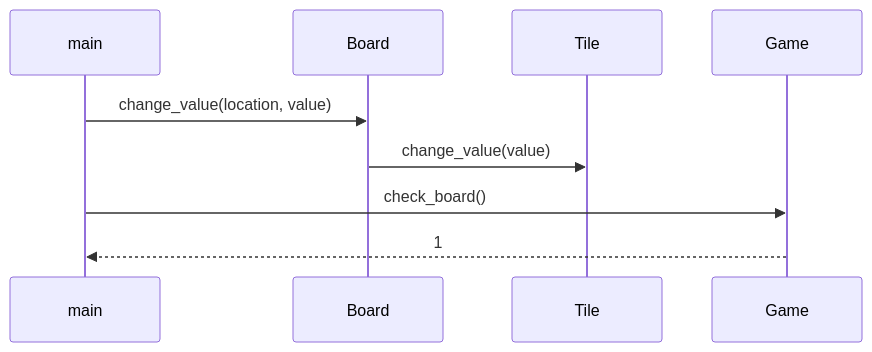
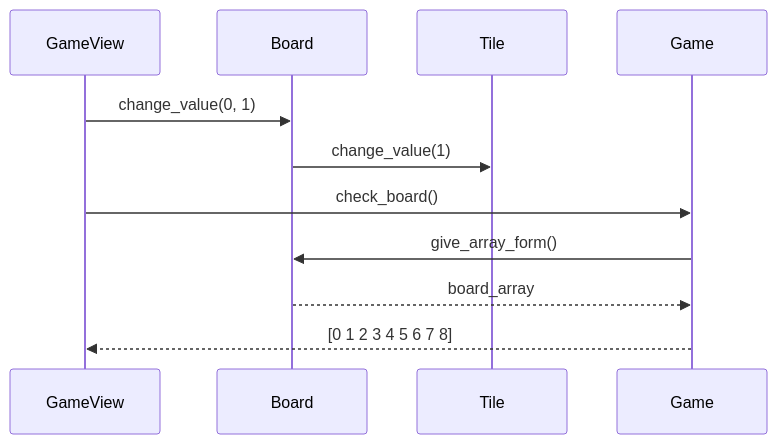
Before and after one commit to Jhy9/ot-harjoitustyo: the second of 7 diagrams in dokumentaatio/arkkitehtuuri.md, drawn with Mermaid. The commit also changed other lines of this file, not shown here.

````diff
--- a/dokumentaatio/arkkitehtuuri.md
+++ b/dokumentaatio/arkkitehtuuri.md
@@ -14,8 +29,10 @@
 ```mermaid
 sequenceDiagram
 
-main ->> Board: change_value(location, value)
-Board ->> Tile: change_value(value)
-main ->> Game: check_board()
-Game -->> main: 1
+GameView ->> Board: change_value(0, 1)
+Board ->> Tile: change_value(1)
+GameView ->> Game: check_board()
+Game ->> Board: give_array_form()
+Board -->> Game:board_array
+Game -->> GameView: [0 1 2 3 4 5 6 7 8]
 ```
````
